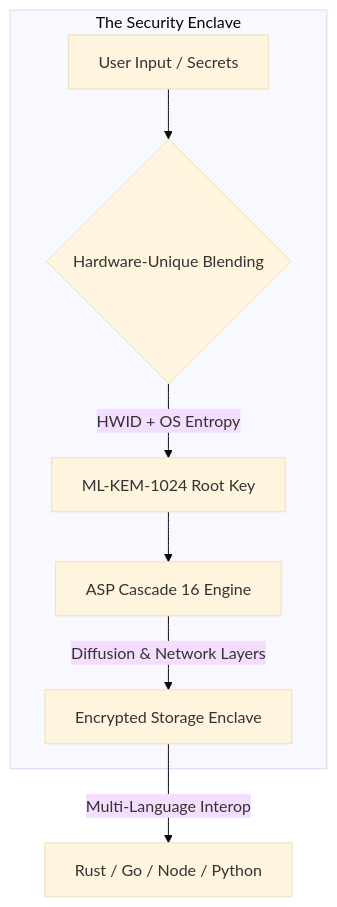
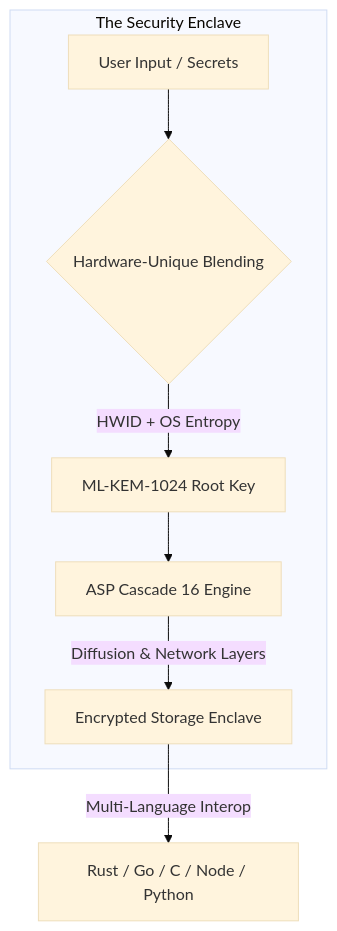
The first of 4 diagrams in d-asp/DASP_SYSTEM_FLOW.md (Kryklin/darkstar), drawn with Mermaid (base theme) before and after one commit. The commit also changed other lines of this file and 7 other files, not shown here.

````diff
--- a/d-asp/DASP_SYSTEM_FLOW.md
+++ b/d-asp/DASP_SYSTEM_FLOW.md
@@ -20,11 +20,11 @@
 ```mermaid
 graph TD
     subgraph "The Security Enclave"
     A[User Input / Secrets] --> B{Hardware-Unique Blending}
     B -- "HWID + OS Entropy" --> C[ML-KEM-1024 Root Key]
     C --> D[ASP Cascade 16 Engine]
     D -- "Diffusion & Network Layers" --> E[Encrypted Storage Enclave]
     end
     
-    E -- "Multi-Language Interop" --> F[Rust / Go / Node / Python]
+    E -- "Multi-Language Interop" --> F[Rust / Go / C / Node / Python]
 ```
````
